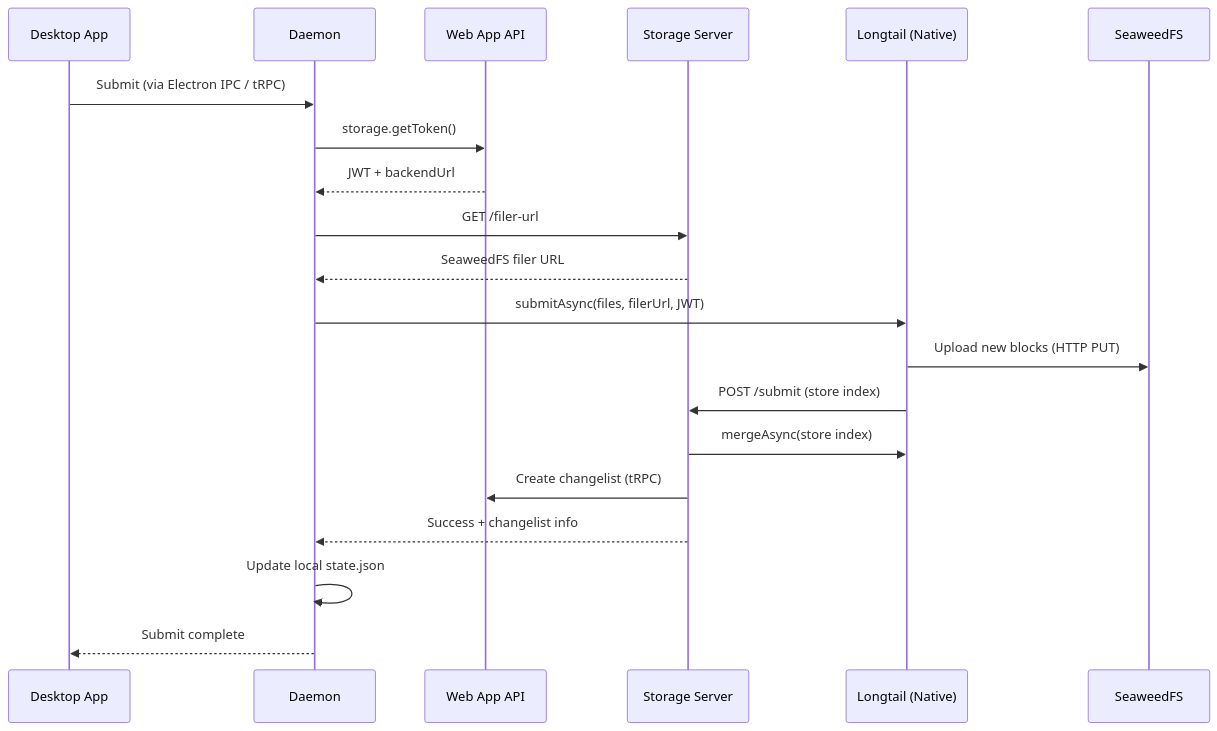
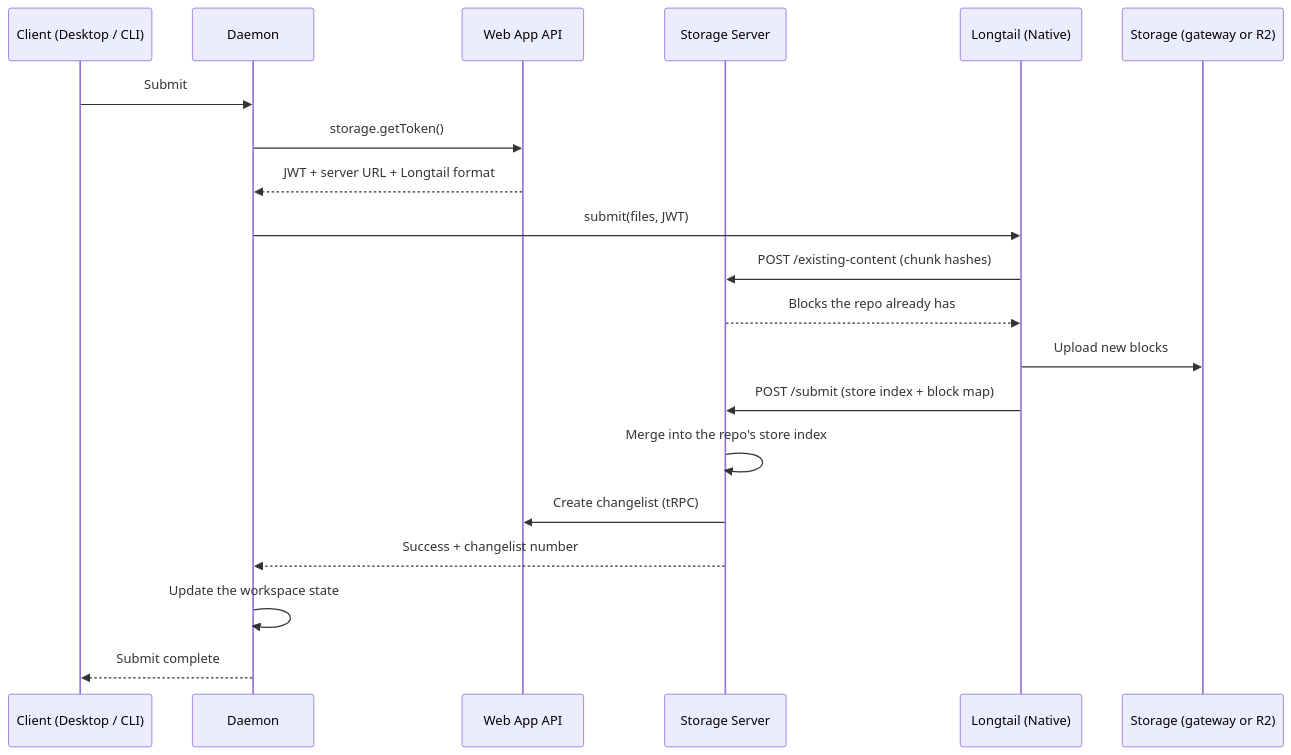
The second of 3 diagrams in README.md (Incanta/Checkpoint), drawn with Mermaid before and after one commit. The commit also changed other lines of this file and 69 other files, not shown here.

````diff
--- a/README.md
+++ b/README.md
@@ -154,23 +168,23 @@
 ```mermaid
 sequenceDiagram
-    participant UI as Desktop App
+    participant UI as Client (Desktop / CLI)
     participant D as Daemon
     participant API as Web App API
     participant SS as Storage Server
     participant LT as Longtail (Native)
-    participant SW as SeaweedFS
+    participant ST as Storage (gateway or R2)
 
-    UI->>D: Submit (via Electron IPC / tRPC)
+    UI->>D: Submit
     D->>API: storage.getToken()
-    API-->>D: JWT + backendUrl
-    D->>SS: GET /filer-url
-    SS-->>D: SeaweedFS filer URL
-    D->>LT: submitAsync(files, filerUrl, JWT)
-    LT->>SW: Upload new blocks (HTTP PUT)
-    LT->>SS: POST /submit (store index)
-    SS->>LT: mergeAsync(store index)
+    API-->>D: JWT + server URL + Longtail format
+    D->>LT: submit(files, JWT)
+    LT->>SS: POST /existing-content (chunk hashes)
+    SS-->>LT: Blocks the repo already has
+    LT->>ST: Upload new blocks
+    LT->>SS: POST /submit (store index + block map)
+    SS->>SS: Merge into the repo's store index
     SS->>API: Create changelist (tRPC)
-    SS-->>D: Success + changelist info
-    D->>D: Update local state.json
+    SS-->>D: Success + changelist number
+    D->>D: Update the workspace state
     D-->>UI: Submit complete
 ```
````
